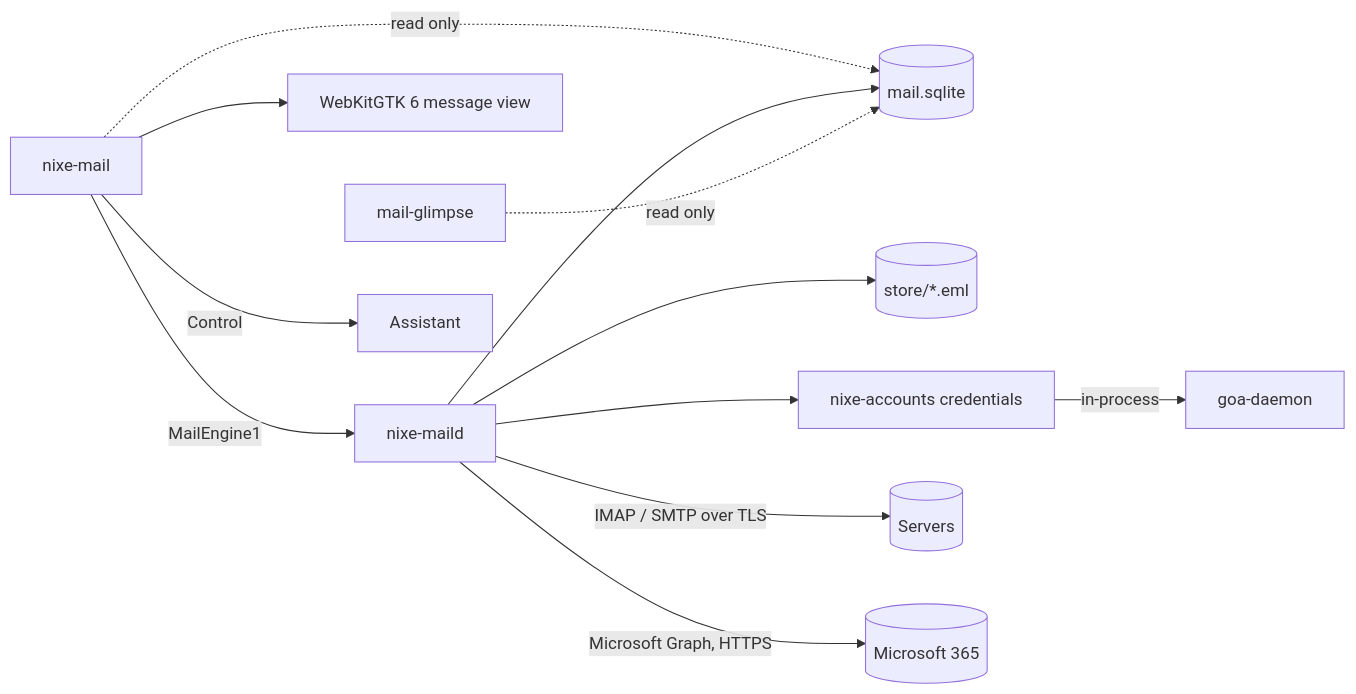
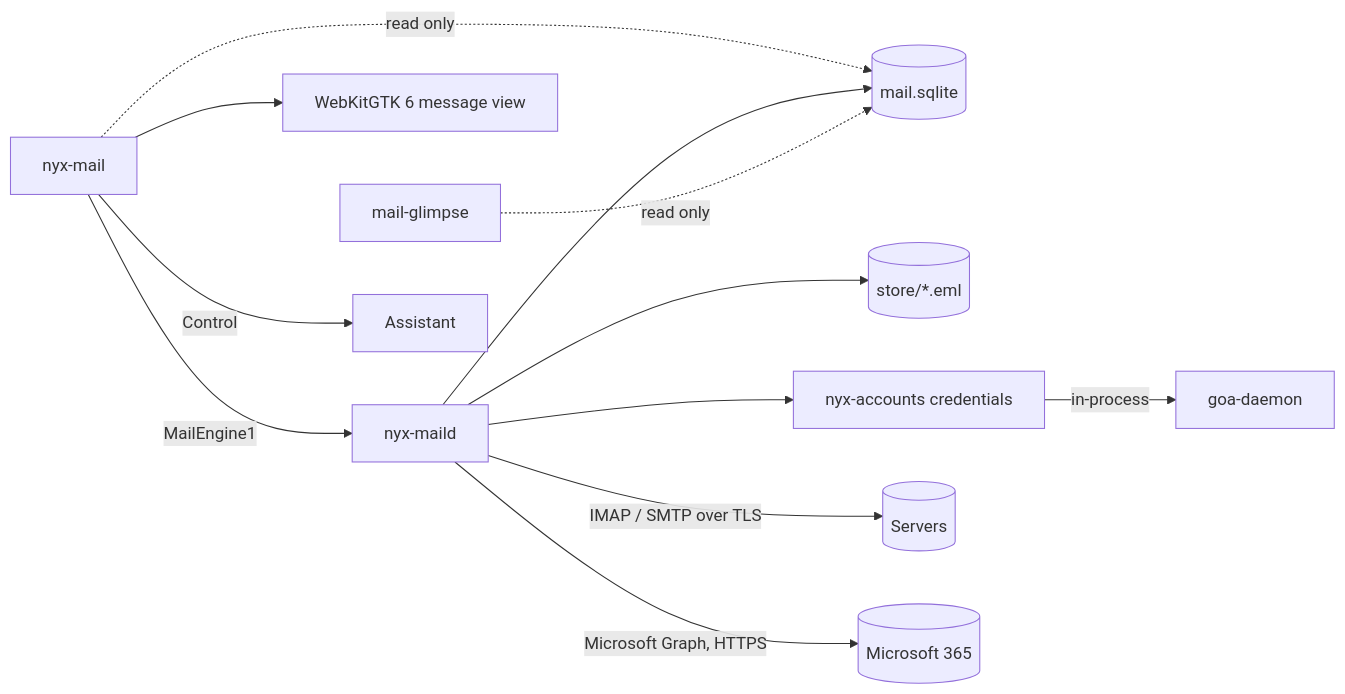
The diagram in docs/ARCHITECTURE.md (design-nexus/nixe-mail), drawn with Mermaid before and after one commit. The commit also changed other lines of this file and 61 other files, not shown here.

First line of the commit message:
Rename Nixe to Nyx

````diff
--- a/docs/ARCHITECTURE.md
+++ b/docs/ARCHITECTURE.md
@@ -3,14 +3,14 @@
 ```mermaid
 flowchart LR
-  UI[nixe-mail] -->|MailEngine1| Maild[nixe-maild]
+  UI[nyx-mail] -->|MailEngine1| Maild[nyx-maild]
   UI -.read only.-> Db[(mail.sqlite)]
   Maild --> Db
   Maild --> Store[(store/*.eml)]
-  Maild --> Acc[nixe-accounts credentials]
+  Maild --> Acc[nyx-accounts credentials]
   Acc -->|in-process| GOA[goa-daemon]
   Maild -->|IMAP / SMTP over TLS| Servers[(Servers)]
   Maild -->|Microsoft Graph, HTTPS| M365[(Microsoft 365)]
   UI --> Web[WebKitGTK 6 message view]
   Glimpse[mail-glimpse] -.read only.-> Db
   UI -->|Control| Assistant
 ```
````
